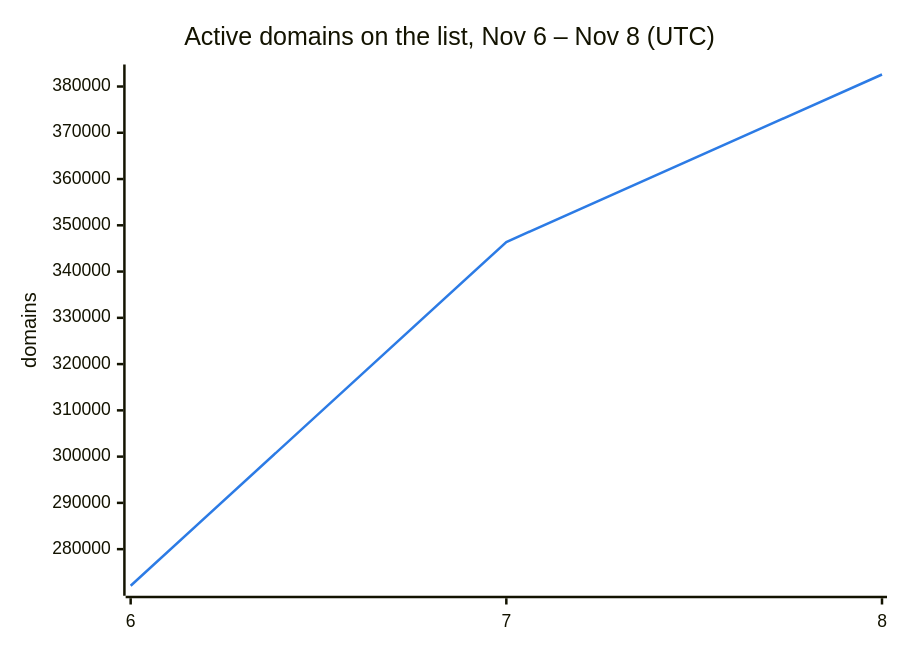
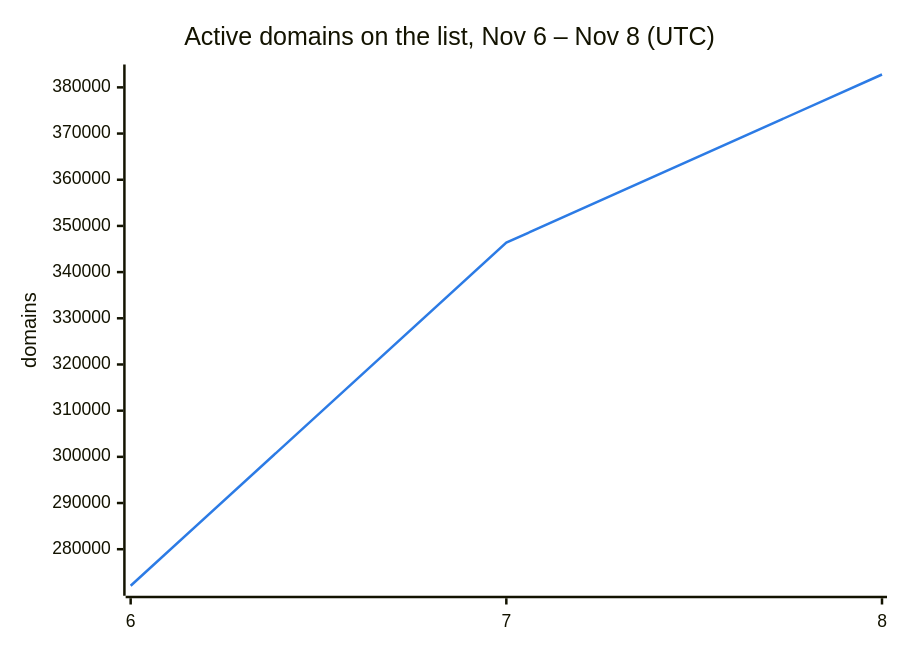
The second of 3 diagrams in README.md (DNSBunker/CTI), drawn with Mermaid before and after one commit. The commit also changed other lines of this file and 3 other files, not shown here.

````diff
--- a/README.md
+++ b/README.md
@@ -38,8 +38,8 @@
 ```mermaid
 %%{init: {"themeVariables": {"xyChart": {"plotColorPalette": "#2c7be5"}}}}%%
 xychart-beta
     title "Active domains on the list, Nov 6 – Nov 8 (UTC)"
     x-axis ["6", "7", "8"]
     y-axis "domains"
-    line [272088, 346388, 382596]
+    line [272088, 346388, 382787]
 ```
````
